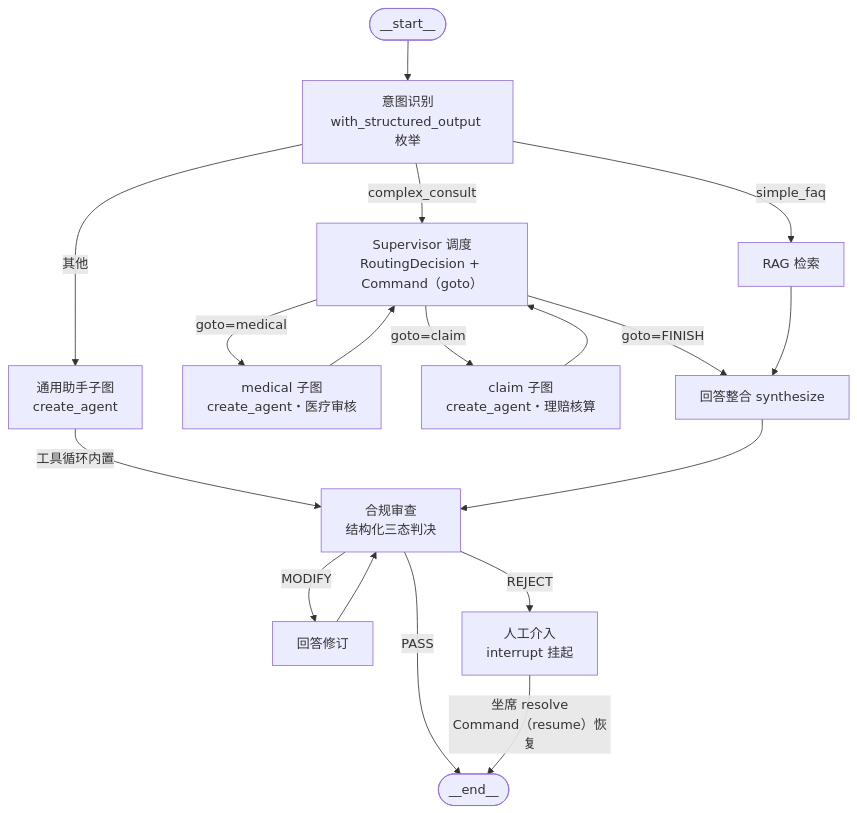
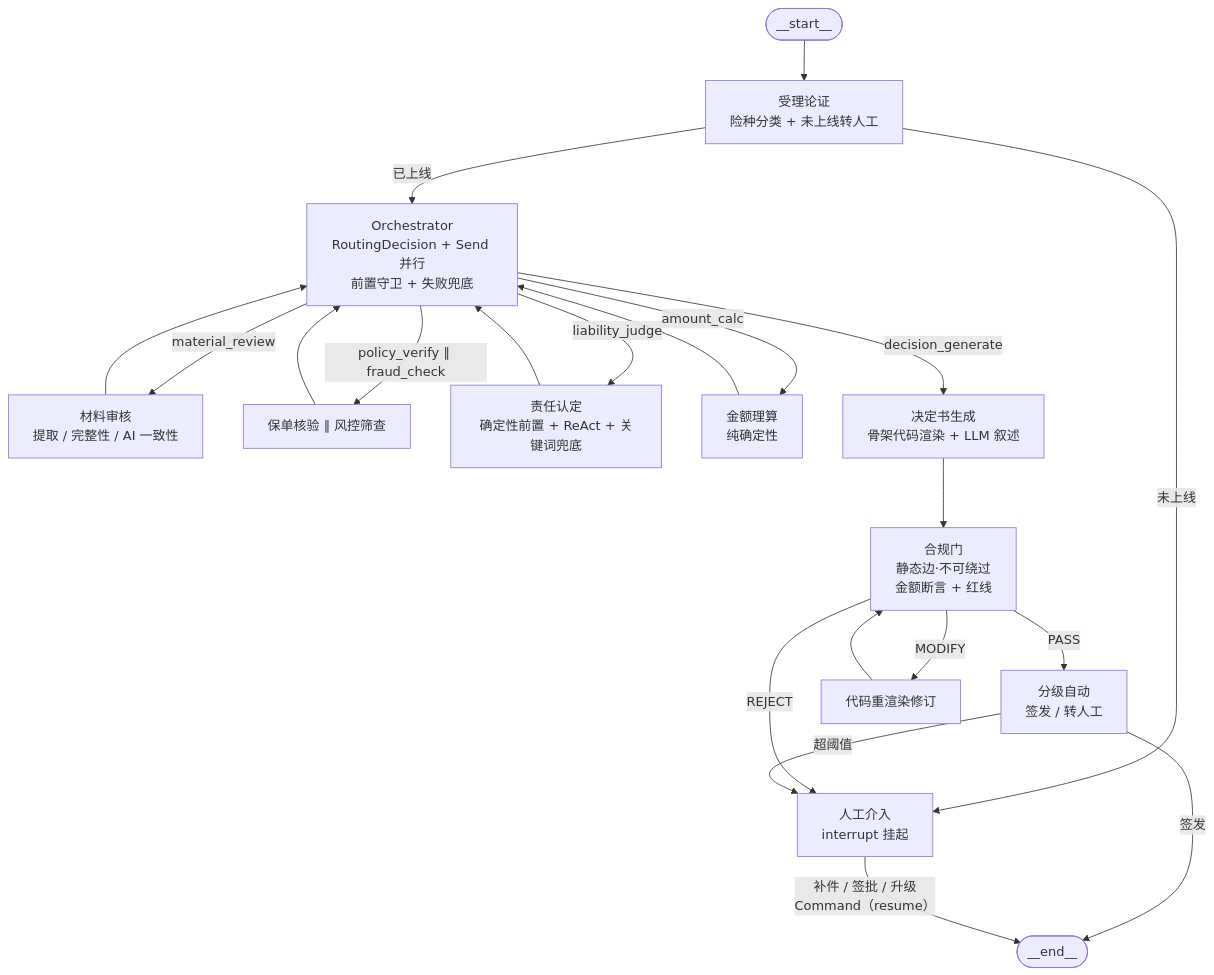
The diagram in README.md (Soleil1043/claimflow), drawn with Mermaid before and after one commit. The commit also changed other lines of this file and 7 other files, not shown here.

Commit message:
feat: T099 [评审遗留收口: T090三指标接线(阶段计时包装/SUPPLEMENT_ROUNDS/CASE_TOKENS案件上下文)+compliance channel过ComplianceOutput schema+README重写为核赔平台口径+architecture.md冻结v1声明]

````diff
--- a/README.md
+++ b/README.md
@@ -83,19 +88,22 @@
 ```mermaid
 graph TD
-    START([__start__]) --> intent[意图识别<br/>with_structured_output 枚举]
-    intent -->|complex_consult| supervisor[Supervisor 调度<br/>RoutingDecision + Command（goto）]
-    intent -->|simple_faq| rag[RAG 检索]
-    intent -->|其他| react[通用助手子图<br/>create_agent]
-    supervisor -->|goto=medical| medical[medical 子图<br/>create_agent・医疗审核]
-    supervisor -->|goto=claim| claim[claim 子图<br/>create_agent・理赔核算]
-    supervisor -->|goto=FINISH| synth[回答整合 synthesize]
-    medical --> supervisor
-    claim --> supervisor
-    rag --> synth
-    react -->|工具循环内置| compliance[合规审查<br/>结构化三态判决]
-    synth --> compliance
-    compliance -->|PASS| END([__end__])
-    compliance -->|MODIFY| revise[回答修订] --> compliance
-    compliance -->|REJECT| human_review[人工介入<br/>interrupt 挂起]
-    human_review -->|坐席 resolve<br/>Command（resume）恢复| END
+    START([__start__]) --> intake[受理论证<br/>险种分类 + 未上线转人工]
+    intake -->|已上线| orch[Orchestrator<br/>RoutingDecision + Send 并行<br/>前置守卫 + 失败兜底]
+    intake -->|未上线| human_gate
+    orch -->|material_review| mr[材料审核<br/>提取 / 完整性 / AI 一致性]
+    orch -->|policy_verify ∥ fraud_check| pv[保单核验 ∥ 风控筛查]
+    orch -->|liability_judge| lj[责任认定<br/>确定性前置 + ReAct + 关键词兜底]
+    orch -->|amount_calc| ac[金额理算<br/>纯确定性]
+    orch -->|decision_generate| dg[决定书生成<br/>骨架代码渲染 + LLM 叙述]
+    mr --> orch
+    pv --> orch
+    lj --> orch
+    ac --> orch
+    dg --> cg[合规门<br/>静态边·不可绕过<br/>金额断言 + 红线]
+    cg -->|PASS| aa[分级自动<br/>签发 / 转人工]
+    cg -->|MODIFY| revise[代码重渲染修订] --> cg
+    cg -->|REJECT| human_gate[人工介入<br/>interrupt 挂起]
+    aa -->|签发| END([__end__])
+    aa -->|超阈值| human_gate
+    human_gate -->|补件 / 签批 / 升级<br/>Command（resume）| END
 ```
````
